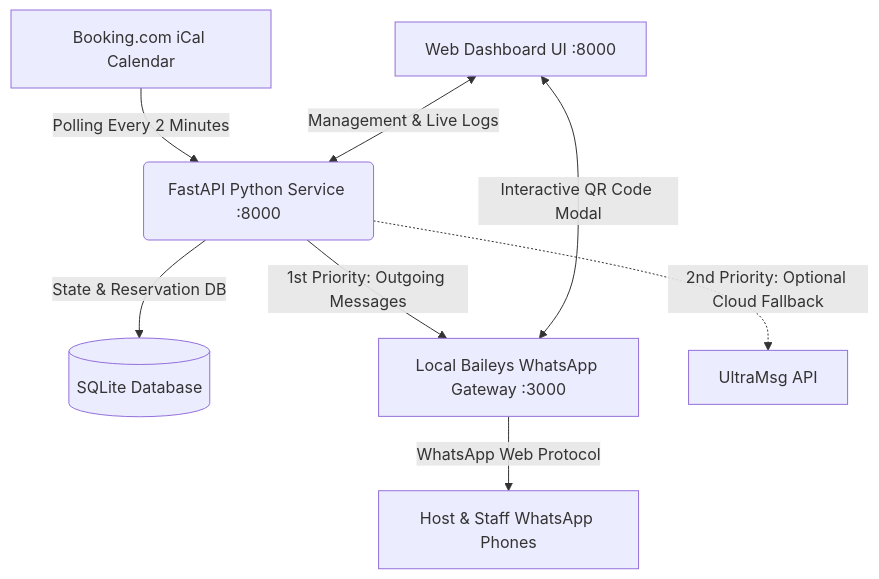
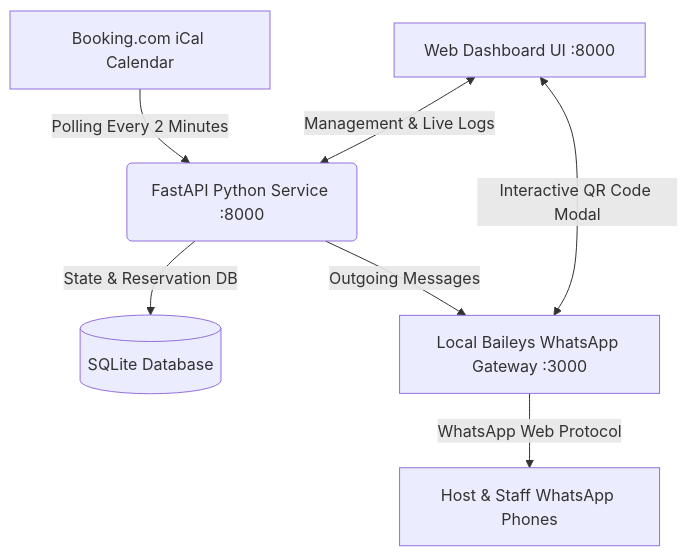
The first of 2 diagrams in README.md (MrCoolice/booking-whatsapp-bot), drawn with Mermaid before and after one commit. The commit also changed other lines of this file and 2 other files, not shown here.

Commit message:
Refactor: Completely remove legacy UltraMsg from UI, backend and docs

````diff
--- a/README.md
+++ b/README.md
@@ -35,10 +34,9 @@
 ```mermaid
 graph TD
     A[Booking.com iCal Calendar] -->|Polling Every 2 Minutes| B(FastAPI Python Service :8000)
     B -->|State & Reservation DB| C[(SQLite Database)]
-    B -->|1st Priority: Outgoing Messages| D[Local Baileys WhatsApp Gateway :3000]
+    B -->|Outgoing Messages| D[Local Baileys WhatsApp Gateway :3000]
     D -->|WhatsApp Web Protocol| E[Host & Staff WhatsApp Phones]
-    B -.->|2nd Priority: Optional Cloud Fallback| F[UltraMsg API]
     G[Web Dashboard UI :8000] <-->|Interactive QR Code Modal| D
     G <-->|Management & Live Logs| B
 ```
````
